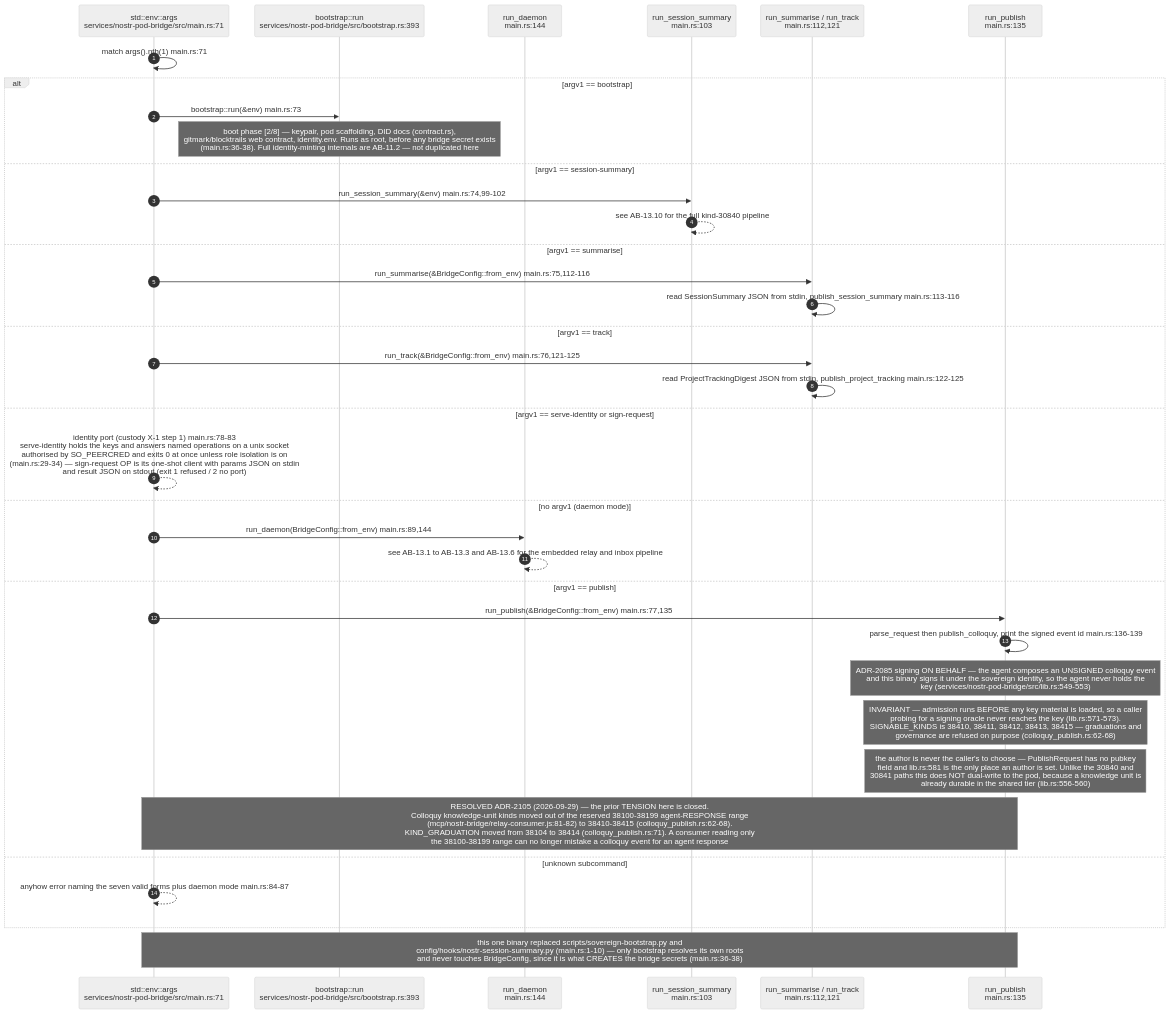
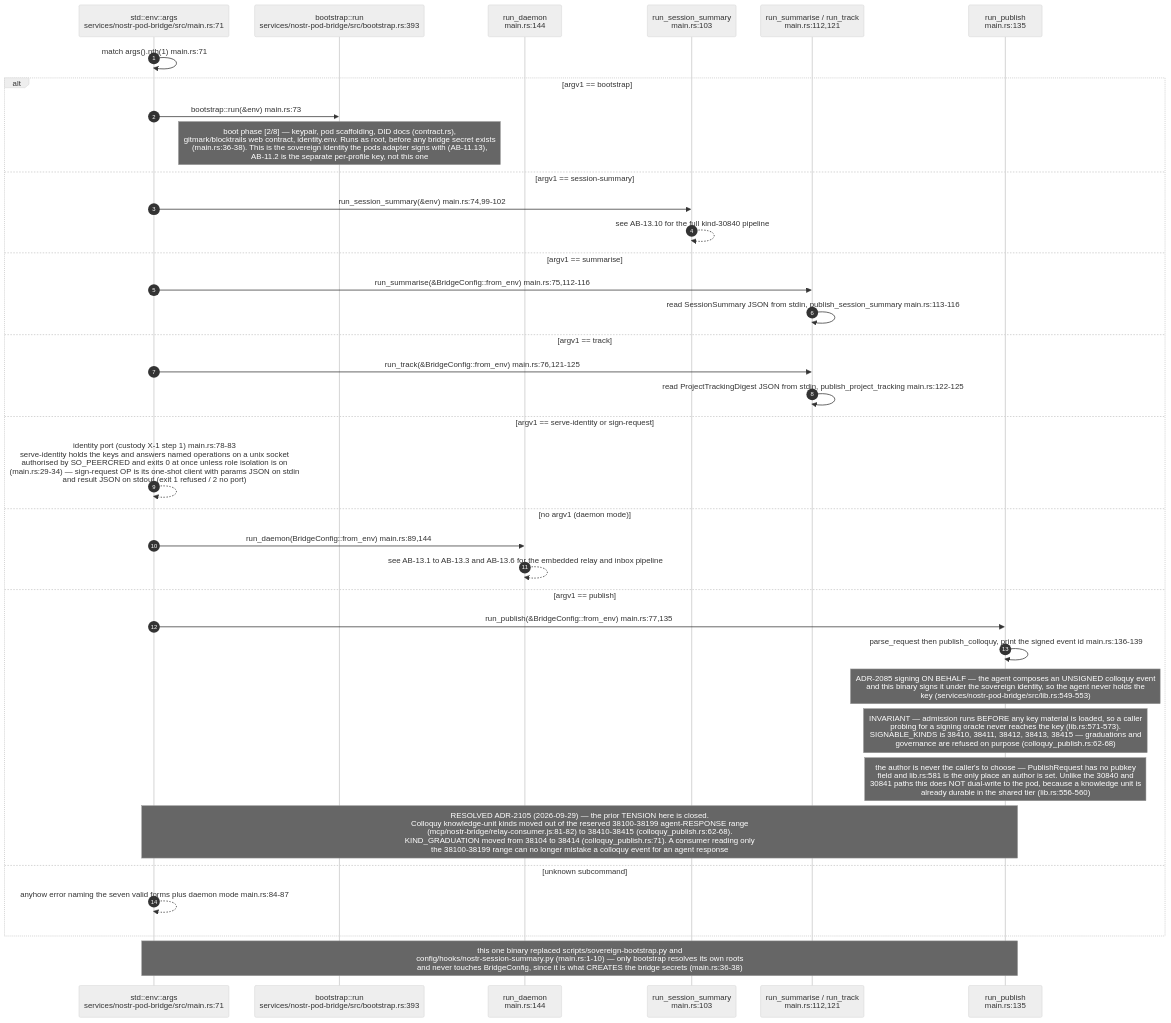
One commit to DreamLab-AI/VisionFlow changed diagram 16 of 16 in docs/diagrams/agentbox/13-nostr-relay-gateway-bridge-mirror.md. Above: the diagram before and after it, drawn with Mermaid (neutral theme). The commit also changed other lines of this file and 173 other files, not shown here.

````diff
--- a/docs/diagrams/agentbox/13-nostr-relay-gateway-bridge-mirror.md
+++ b/docs/diagrams/agentbox/13-nostr-relay-gateway-bridge-mirror.md
@@ -661,40 +674,40 @@
 ```mermaid
 sequenceDiagram
     autonumber
     participant ARGV as std::env::args<br/>services/nostr-pod-bridge/src/main.rs:71
     participant BOOT as bootstrap::run<br/>services/nostr-pod-bridge/src/bootstrap.rs:393
     participant DAEMON as run_daemon<br/>main.rs:144
     participant SESS as run_session_summary<br/>main.rs:103
     participant SUM as run_summarise / run_track<br/>main.rs:112,121
     participant PUBC as run_publish<br/>main.rs:135
 
     ARGV->>ARGV: match args().nth(1) main.rs:71
     alt argv1 == bootstrap
         ARGV->>BOOT: bootstrap::run(&env) main.rs:73
-Note over BOOT: boot phase [2/8] — keypair, pod scaffolding, DID docs (contract.rs),<br/>gitmark/blocktrails web contract, identity.env. Runs as root, before any bridge secret exists<br/>(main.rs:36-38). Full identity-minting internals are AB-11.2 — not duplicated here
+Note over BOOT: boot phase [2/8] — keypair, pod scaffolding, DID docs (contract.rs),<br/>gitmark/blocktrails web contract, identity.env. Runs as root, before any bridge secret exists<br/>(main.rs:36-38). This is the sovereign identity the pods adapter signs with (AB-11.13),<br/>AB-11.2 is the separate per-profile key, not this one
     else argv1 == session-summary
         ARGV->>SESS: run_session_summary(&env) main.rs:74,99-102
         SESS-->>SESS: see AB-13.10 for the full kind-30840 pipeline
     else argv1 == summarise
         ARGV->>SUM: run_summarise(&BridgeConfig::from_env) main.rs:75,112-116
         SUM->>SUM: read SessionSummary JSON from stdin, publish_session_summary main.rs:113-116
     else argv1 == track
         ARGV->>SUM: run_track(&BridgeConfig::from_env) main.rs:76,121-125
         SUM->>SUM: read ProjectTrackingDigest JSON from stdin, publish_project_tracking main.rs:122-125
     else argv1 == serve-identity or sign-request
         ARGV-->>ARGV: identity port (custody X-1 step 1) main.rs:78-83<br/>serve-identity holds the keys and answers named operations on a unix socket<br/>authorised by SO_PEERCRED and exits 0 at once unless role isolation is on<br/>(main.rs:29-34) — sign-request OP is its one-shot client with params JSON on stdin<br/>and result JSON on stdout (exit 1 refused / 2 no port)
     else no argv1 (daemon mode)
         ARGV->>DAEMON: run_daemon(BridgeConfig::from_env) main.rs:89,144
         DAEMON-->>DAEMON: see AB-13.1 to AB-13.3 and AB-13.6 for the embedded relay and inbox pipeline
     else argv1 == publish
         ARGV->>PUBC: run_publish(&BridgeConfig::from_env) main.rs:77,135
         PUBC->>PUBC: parse_request then publish_colloquy, print the signed event id main.rs:136-139
         Note over PUBC: ADR-2085 signing ON BEHALF — the agent composes an UNSIGNED colloquy event<br/>and this binary signs it under the sovereign identity, so the agent never holds the<br/>key (services/nostr-pod-bridge/src/lib.rs:549-553)
         Note over PUBC: INVARIANT — admission runs BEFORE any key material is loaded, so a caller<br/>probing for a signing oracle never reaches the key (lib.rs:571-573).<br/>SIGNABLE_KINDS is 38410, 38411, 38412, 38413, 38415 — graduations and<br/>governance are refused on purpose (colloquy_publish.rs:62-68)
         Note over PUBC: the author is never the caller's to choose — PublishRequest has no pubkey<br/>field and lib.rs:581 is the only place an author is set. Unlike the 30840 and<br/>30841 paths this does NOT dual-write to the pod, because a knowledge unit is<br/>already durable in the shared tier (lib.rs:556-560)
         Note over PUBC,ARGV: RESOLVED ADR-2105 (2026-09-29) — the prior TENSION here is closed.<br/>Colloquy knowledge-unit kinds moved out of the reserved 38100-38199 agent-RESPONSE range<br/>(mcp/nostr-bridge/relay-consumer.js:81-82) to 38410-38415 (colloquy_publish.rs:62-68).<br/>KIND_GRADUATION moved from 38104 to 38414 (colloquy_publish.rs:71). A consumer reading only<br/>the 38100-38199 range can no longer mistake a colloquy event for an agent response
     else unknown subcommand
         ARGV-->>ARGV: anyhow error naming the seven valid forms plus daemon mode main.rs:84-87
     end
 Note over ARGV,PUBC: this one binary replaced scripts/sovereign-bootstrap.py and<br/>config/hooks/nostr-session-summary.py (main.rs:1-10) — only bootstrap resolves its own roots<br/>and never touches BridgeConfig, since it is what CREATES the bridge secrets (main.rs:36-38)
 ```
````
